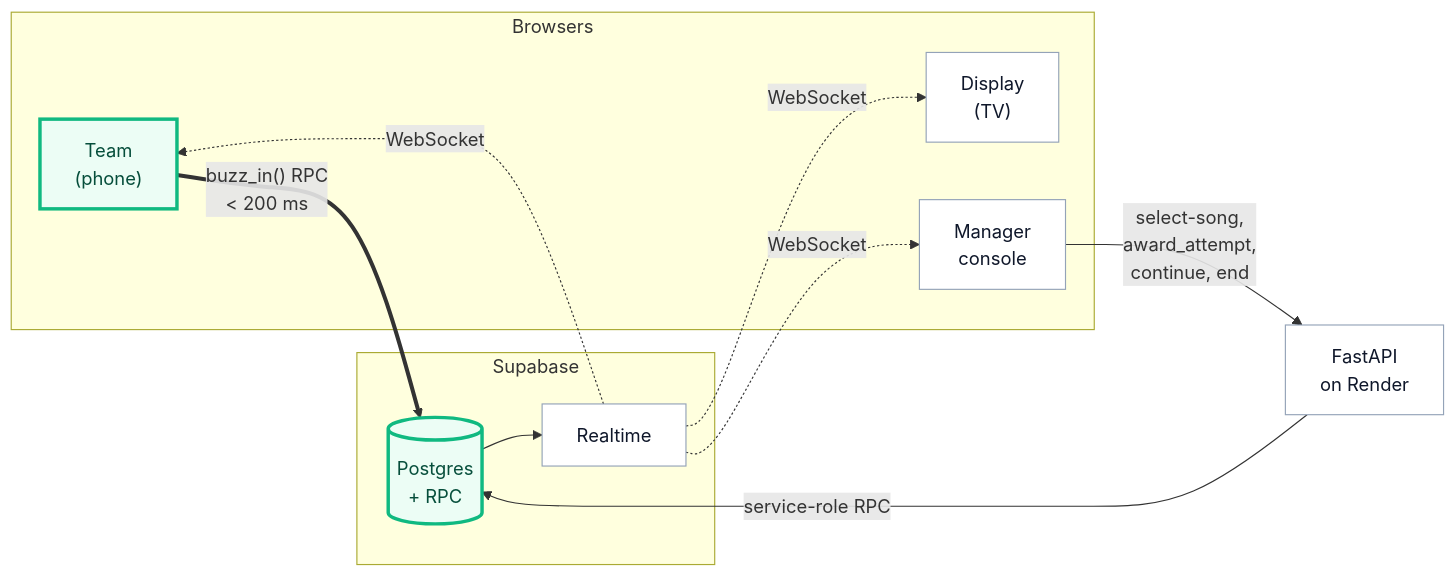
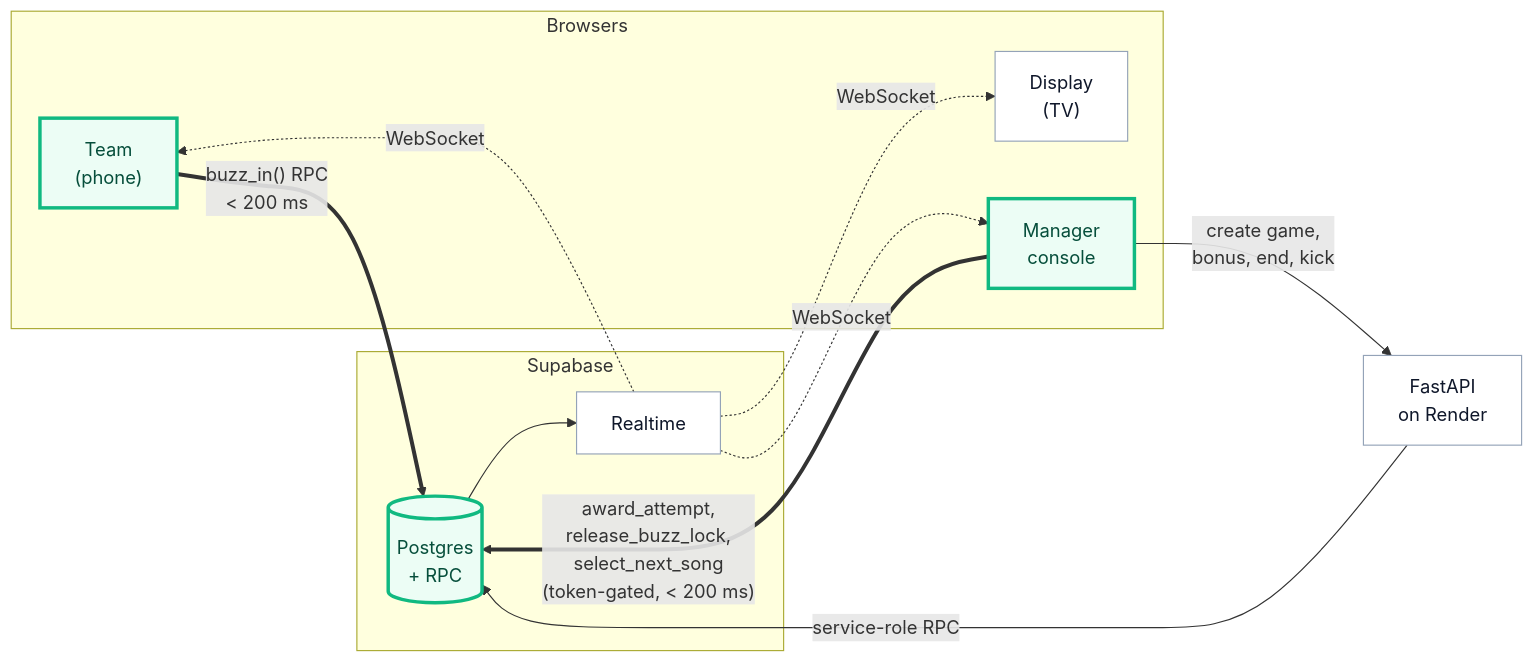
Before and after one commit to BenArtzi4/Sound-Clash: the diagram in README.md, drawn with Mermaid. The commit also changed other lines of this file and 16 other files, not shown here.

````diff
--- a/README.md
+++ b/README.md
@@ -29,26 +29,27 @@
 ```mermaid
 flowchart LR
     subgraph Browsers
         T["Team<br/>(phone)"]
         D["Display<br/>(TV)"]
         M["Manager<br/>console"]
     end
     F["FastAPI<br/>on Render"]
     subgraph Supabase
         DB[("Postgres<br/>+ RPC")]
         RT["Realtime"]
     end
 
     T == "buzz_in() RPC<br/>&lt; 200 ms" ==> DB
-    M -->|"select-song,<br/>award_attempt,<br/>continue, end"| F
+    M == "award_attempt,<br/>release_buzz_lock,<br/>select_next_song<br/>(token-gated, &lt; 200 ms)" ==> DB
+    M -->|"create game,<br/>bonus, end, kick"| F
     F -->|"service-role RPC"| DB
     DB --> RT
     RT -. "WebSocket" .-> T
     RT -. "WebSocket" .-> D
     RT -. "WebSocket" .-> M
 
     classDef hot stroke:#10b981,stroke-width:3px,fill:#ecfdf5,color:#064e3b
     classDef cold stroke:#94a3b8,stroke-width:1px,fill:#ffffff,color:#0f172a
-    class T,DB hot
-    class D,M,F,RT cold
+    class T,M,DB hot
+    class D,F,RT cold
 ```
````
